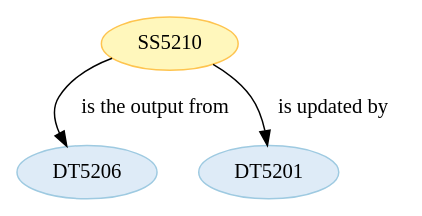
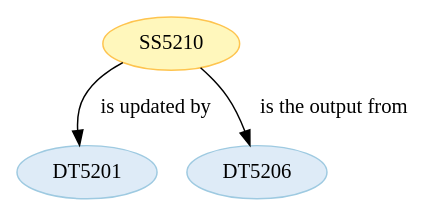
One commit to Marco-Salvi/cwl-test changed the diagram in wf5201/ST520110.dot. Above: the diagram before and after it, drawn with Graphviz. The commit also changed other lines of this file and 16 other files, not shown here.

```diff
--- a/wf5201/ST520110.dot
+++ b/wf5201/ST520110.dot
@@ -1,14 +1,14 @@
 strict digraph {
 
-
-	"DT5206" [ color="2", colorscheme="blues3", fillcolor="1", style="filled",  weight=0 ];
 
 	"SS5210" [ color="2", colorscheme="ylorbr3", fillcolor="1", style="filled",  weight=0 ];
 
 	"SS5210" -> "DT5201" [ label="is updated by", labeltooltip="DT5201 - is updated by - SS5210",  weight=0 ];
 
 	"SS5210" -> "DT5206" [ label="is the output from", labeltooltip="DT5206 - is the output from - SS5210",  weight=0 ];
 
 	"DT5201" [ color="2", colorscheme="blues3", fillcolor="1", style="filled",  weight=0 ];
 
+	"DT5206" [ color="2", colorscheme="blues3", fillcolor="1", style="filled",  weight=0 ];
+
 }
```
